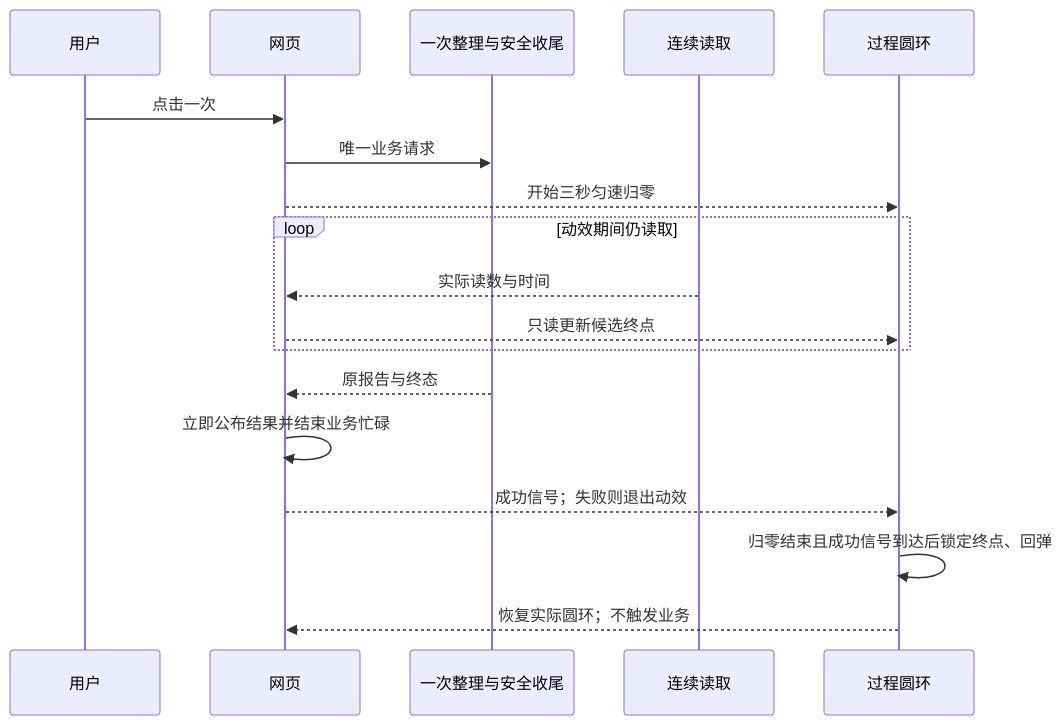
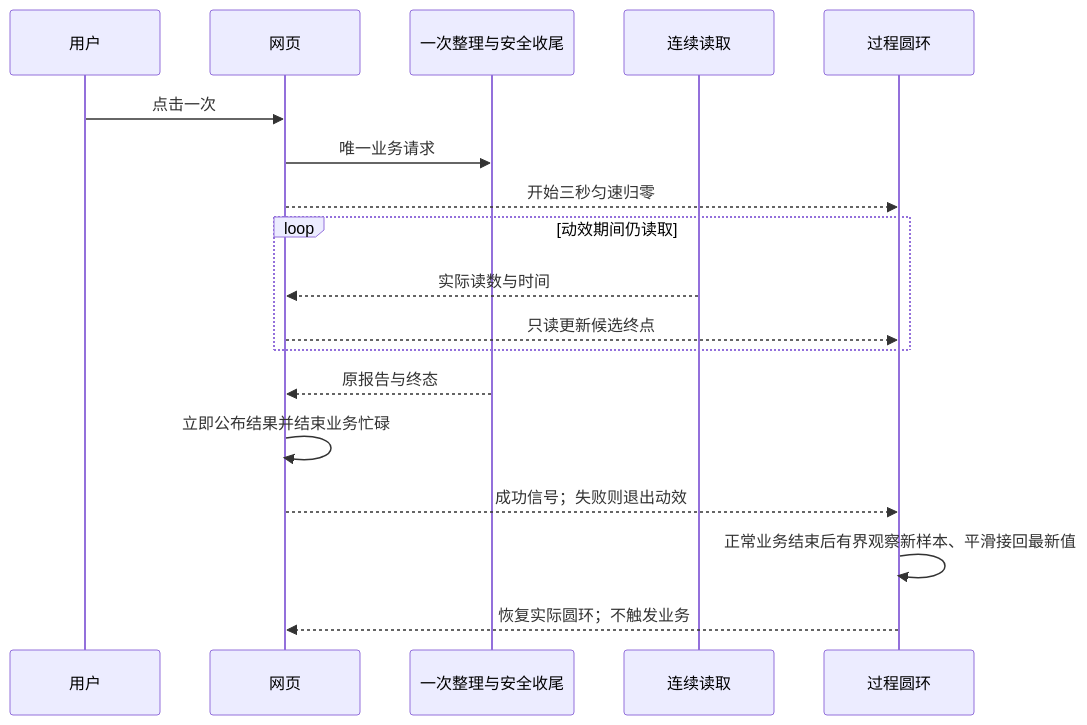
Diagram 12 of 16 in docs/架构设计 Architecture Design CPU 内存清理.md (DreamSoul-AI/cpu-memory-cleanup), drawn with Mermaid before and after one commit. The commit also changed other lines of this file and 7 other files, not shown here.

````diff
--- a/docs/架构设计 Architecture Design CPU 内存清理.md
+++ b/docs/架构设计 Architecture Design CPU 内存清理.md
@@ -510,20 +510,20 @@
 ```mermaid
 sequenceDiagram
     participant U as 用户
     participant V as 网页
     participant J as 一次整理与安全收尾
     participant O as 连续读取
     participant A as 过程圆环
     U->>V: 点击一次
     V->>J: 唯一业务请求
     V-->>A: 开始三秒匀速归零
     loop 动效期间仍读取
         O-->>V: 实际读数与时间
         V-->>A: 只读更新候选终点
     end
     J-->>V: 原报告与终态
     V->>V: 立即公布结果并结束业务忙碌
     V-->>A: 成功信号；失败则退出动效
-    A->>A: 归零结束且成功信号到达后锁定终点、回弹
+    A->>A: 正常业务结束后有界观察新样本、平滑接回最新值
     A-->>V: 恢复实际圆环；不触发业务
 ```
````
